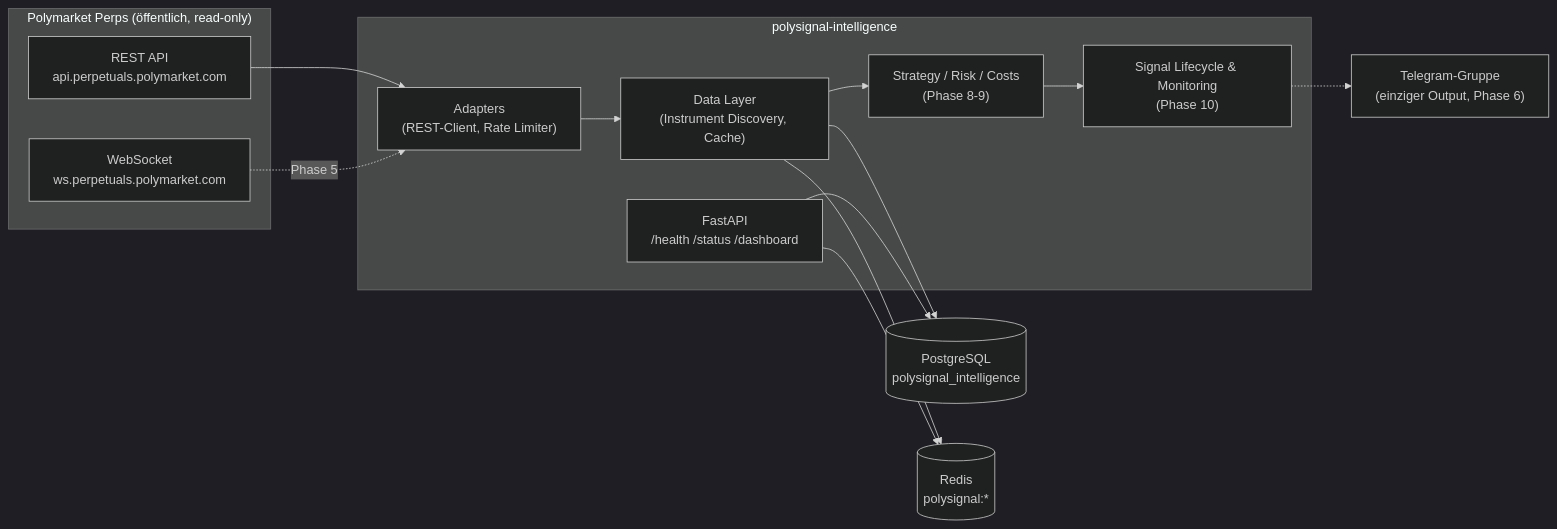
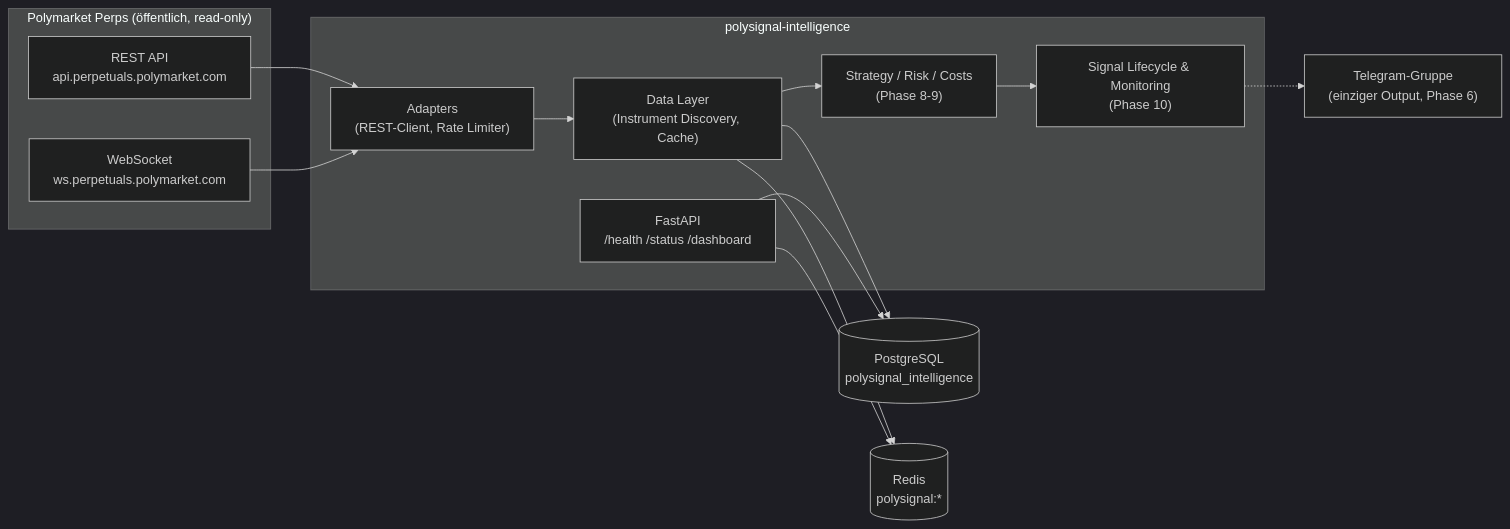
The diagram in README.md (moritzkraemer290809-cell/signal-polybot), drawn with Mermaid (dark theme) before and after one commit. The commit also changed other lines of this file and 35 other files, not shown here.

````diff
--- a/README.md
+++ b/README.md
@@ -26,27 +27,27 @@
 ```mermaid
 flowchart LR
     subgraph public["Polymarket Perps (öffentlich, read-only)"]
         REST["REST API<br/>api.perpetuals.polymarket.com"]
         WS["WebSocket<br/>ws.perpetuals.polymarket.com"]
     end
 
     subgraph app["polysignal-intelligence"]
         ADP["Adapters<br/>(REST-Client, Rate Limiter)"]
         DATA["Data Layer<br/>(Instrument Discovery, Cache)"]
         STRAT["Strategy / Risk / Costs<br/>(Phase 8-9)"]
         MON["Signal Lifecycle & Monitoring<br/>(Phase 10)"]
         API["FastAPI<br/>/health /status /dashboard"]
     end
 
     PG[("PostgreSQL<br/>polysignal_intelligence")]
     RD[("Redis<br/>polysignal:*")]
     TG["Telegram-Gruppe<br/>(einziger Output, Phase 6)"]
 
     REST --> ADP --> DATA
-    WS -.Phase 5.-> ADP
+    WS --> ADP
     DATA --> PG
     DATA --> RD
     DATA --> STRAT --> MON -.-> TG
     API --> PG
     API --> RD
 ```
````
